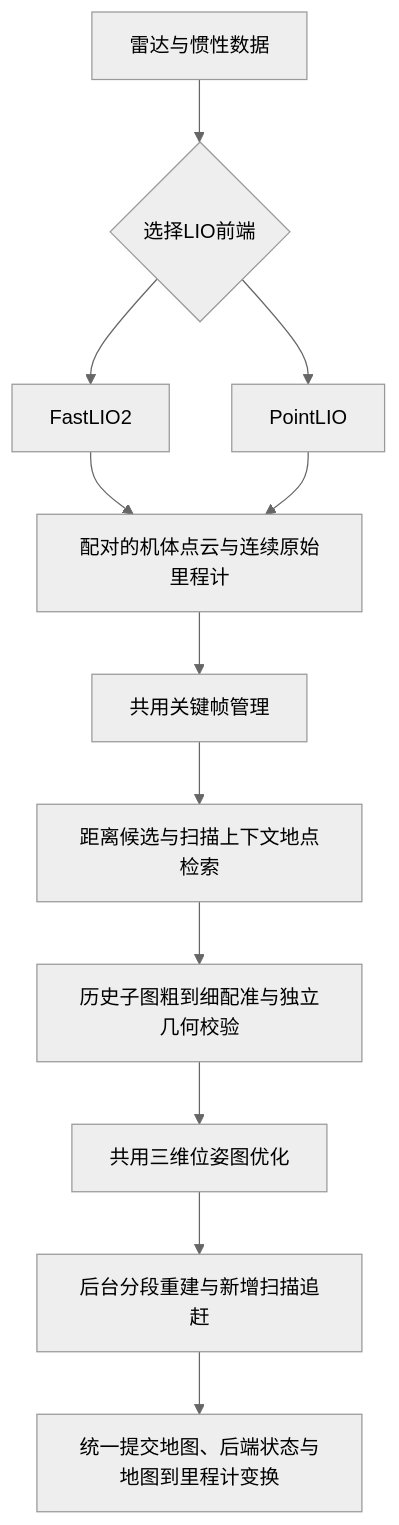
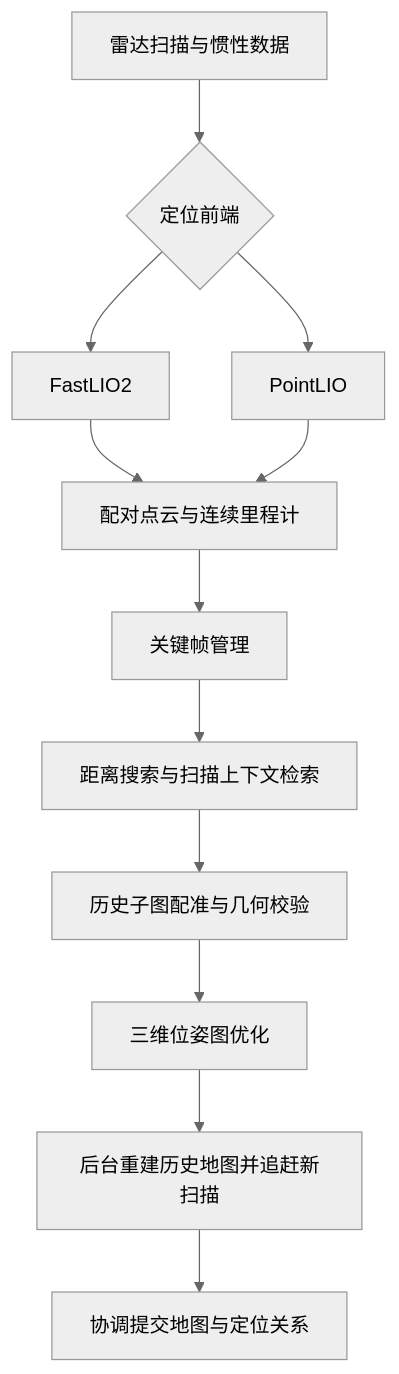
Before and after one commit to Molun0301/nuwax-embodied-harness: the diagram in docs/公开文档/双LIO建图与回环纠偏.md, drawn with Mermaid (neutral theme). The commit also changed other lines of this file and 9 other files, not shown here.

````diff
--- a/docs/公开文档/双LIO建图与回环纠偏.md
+++ b/docs/公开文档/双LIO建图与回环纠偏.md
@@ -21,14 +24,14 @@
 ```mermaid
 flowchart TD
-  A[雷达与惯性数据] --> B{选择LIO前端}
-  B --> C[FastLIO2]
-  B --> D[PointLIO]
-  C --> E[配对的机体点云与连续原始里程计]
-  D --> E
-  E --> F[共用关键帧管理]
-  F --> G[距离候选与扫描上下文地点检索]
-  G --> H[历史子图粗到细配准与独立几何校验]
-  H --> I[共用三维位姿图优化]
-  I --> J[后台分段重建与新增扫描追赶]
-  J --> K[统一提交地图、后端状态与地图到里程计变换]
+    A[雷达扫描与惯性数据] --> B{定位前端}
+    B --> C[FastLIO2]
+    B --> D[PointLIO]
+    C --> E[配对点云与连续里程计]
+    D --> E
+    E --> F[关键帧管理]
+    F --> G[距离搜索与扫描上下文检索]
+    G --> H[历史子图配准与几何校验]
+    H --> I[三维位姿图优化]
+    I --> J[后台重建历史地图并追赶新扫描]
+    J --> K[协调提交地图与定位关系]
 ```
````
